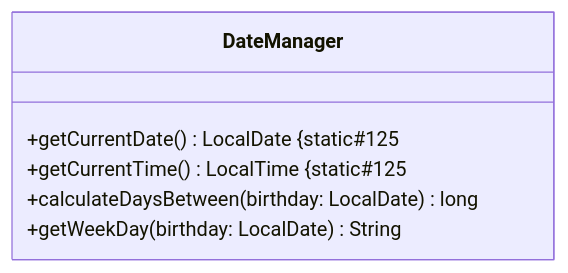
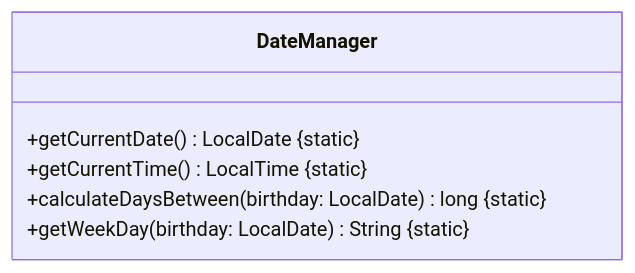
Before and after one commit to wielandjan/java_helloWorld_1: the first of 5 diagrams in scr/exercises/Programmieren1/SampleExam/ReadMe.md, drawn with Mermaid. The commit also changed other lines of this file and 4 other files, not shown here.

````diff
--- a/scr/exercises/Programmieren1/SampleExam/ReadMe.md
+++ b/scr/exercises/Programmieren1/SampleExam/ReadMe.md
@@ -29,9 +29,9 @@
 ```mermaid
 classDiagram
     class DateManager {
-        +getCurrentDate() LocalDate #123;static#125
-        +getCurrentTime() LocalTime #123;static#125
-        +calculateDaysBetween(birthday: LocalDate) long
-        +getWeekDay(birthday: LocalDate) String
+        +getCurrentDate() LocalDate #123;static#125;
+        +getCurrentTime() LocalTime #123;static#125;
+        +calculateDaysBetween(birthday: LocalDate) long #123;static#125;
+        +getWeekDay(birthday: LocalDate) String #123;static#125;
     }
 ```
````
